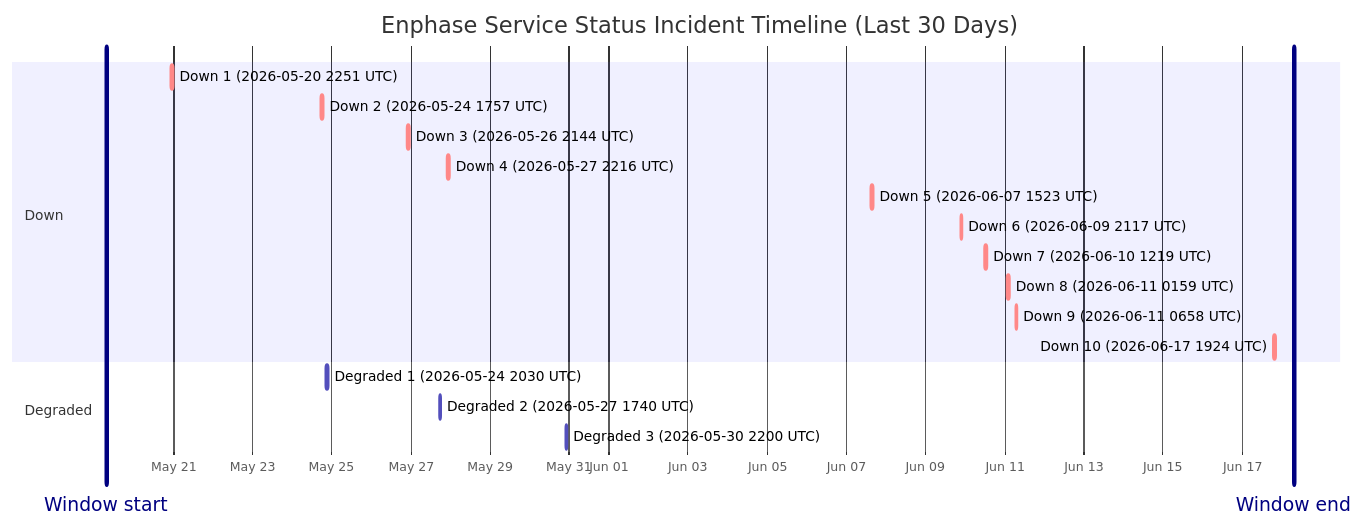
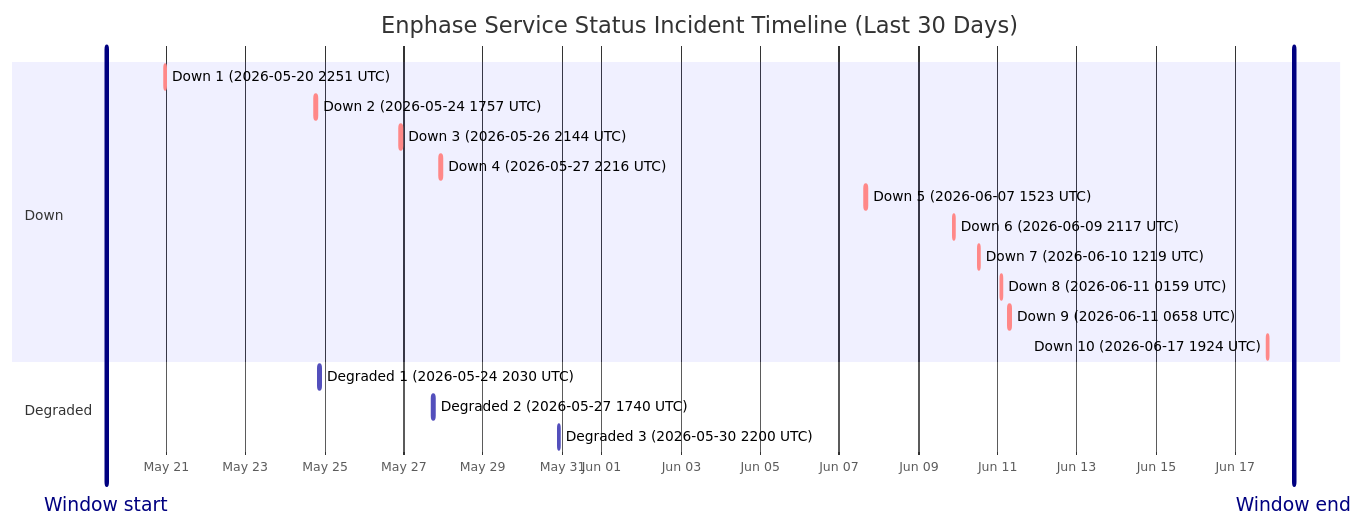
The diagram in wiki/Service-Status-History.md (barneyonline/ha-enphase-energy), drawn with Mermaid before and after one commit. The commit also changed other lines of this file and 3 other files, not shown here.

````diff
--- a/wiki/Service-Status-History.md
+++ b/wiki/Service-Status-History.md
@@ -14,23 +14,23 @@
 ```mermaid
 gantt
     title Enphase Service Status Incident Timeline (Last 30 Days)
     dateFormat  YYYY-MM-DDTHH:mm:ss
     axisFormat  %b %d
-    Window start :vert, window-start, 2026-05-19T07:15:39, 0ms
-    Window end :vert, window-end, 2026-06-18T07:15:39, 0ms
+    Window start :vert, window-start, 2026-05-19T11:35:15, 0ms
+    Window end :vert, window-end, 2026-06-18T11:35:15, 0ms
     section Down
     Down 1 (2026-05-20 2251 UTC) :crit, down-1, 2026-05-20T22:51:14, 75m
     Down 2 (2026-05-24 1757 UTC) :crit, down-2, 2026-05-24T17:57:41, 86m
     Down 3 (2026-05-26 2144 UTC) :crit, down-3, 2026-05-26T21:44:11, 85m
     Down 4 (2026-05-27 2216 UTC) :crit, down-4, 2026-05-27T22:16:53, 87m
     Down 5 (2026-06-07 1523 UTC) :crit, down-5, 2026-06-07T15:23:22, 87m
     Down 6 (2026-06-09 2117 UTC) :crit, down-6, 2026-06-09T21:17:17, 60m
     Down 7 (2026-06-10 1219 UTC) :crit, down-7, 2026-06-10T12:19:21, 60m
     Down 8 (2026-06-11 0159 UTC) :crit, down-8, 2026-06-11T01:59:36, 60m
     Down 9 (2026-06-11 0658 UTC) :crit, down-9, 2026-06-11T06:58:45, 60m
     Down 10 (2026-06-17 1924 UTC) :crit, down-10, 2026-06-17T19:24:51, 60m
     section Degraded
     Degraded 1 (2026-05-24 2030 UTC) :active, degraded-1, 2026-05-24T20:30:57, 84m
     Degraded 2 (2026-05-27 1740 UTC) :active, degraded-2, 2026-05-27T17:40:52, 60m
     Degraded 3 (2026-05-30 2200 UTC) :active, degraded-3, 2026-05-30T22:00:37, 60m
 ```
````
